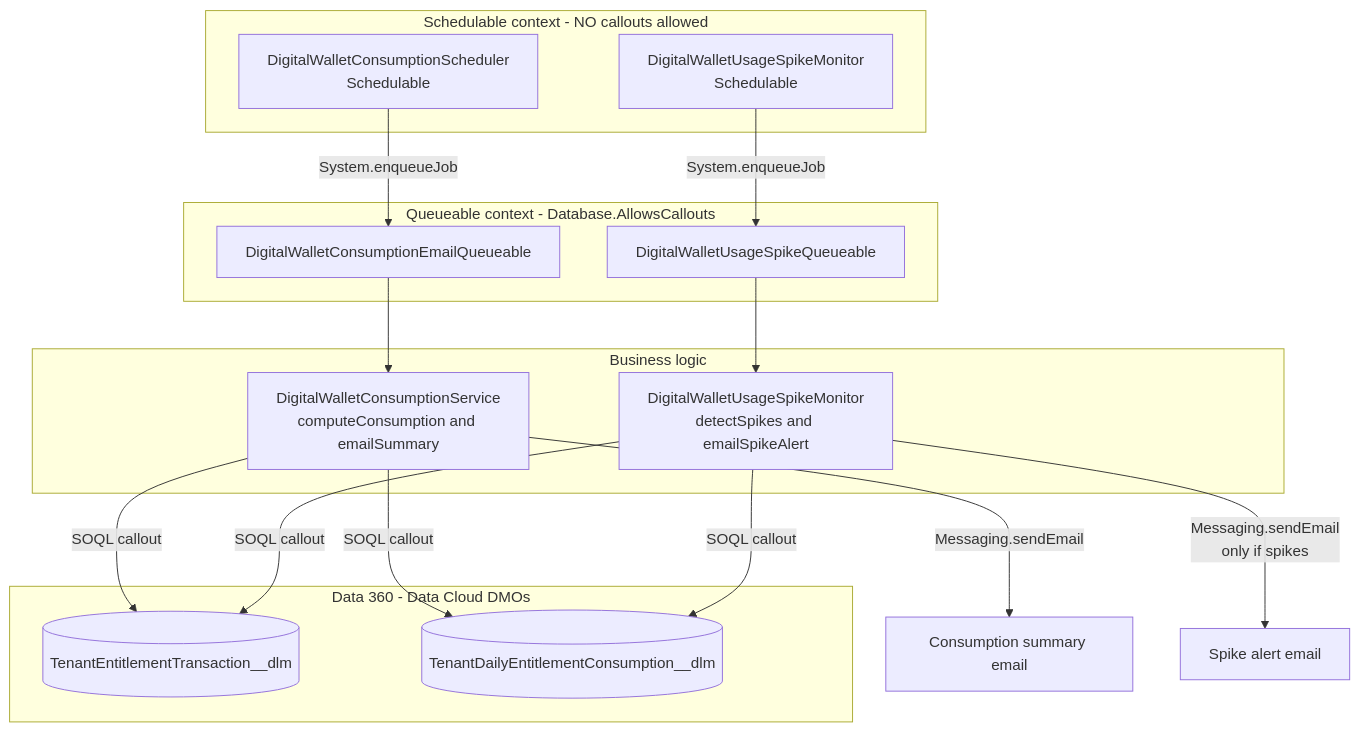
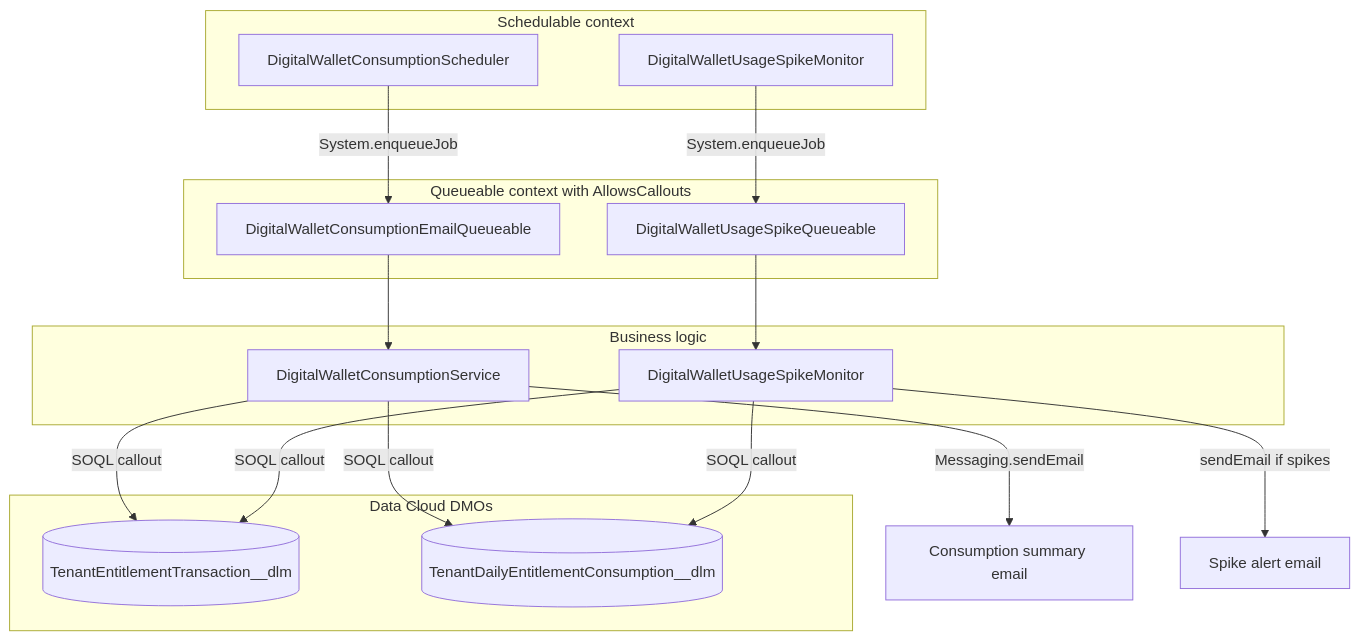
The first of 2 diagrams in README.md (Amit-Tripathi/apex-partner-digital-wallet), drawn with Mermaid before and after one commit.

Commit message:
Fix intermittent Mermaid diagram rendering on GitHub
Remove HTML br tags and quoted labels from flowchart that caused render errors.

````diff
--- a/README.md
+++ b/README.md
@@ -138,33 +138,33 @@
 ```mermaid
 flowchart TD
-    subgraph SchedCtx["Schedulable context - NO callouts allowed"]
-        S1["DigitalWalletConsumptionScheduler<br/>Schedulable"]
-        S2["DigitalWalletUsageSpikeMonitor<br/>Schedulable"]
+    subgraph SchedCtx[Schedulable context]
+        S1[DigitalWalletConsumptionScheduler]
+        S2[DigitalWalletUsageSpikeMonitor]
     end
 
-    subgraph AsyncCtx["Queueable context - Database.AllowsCallouts"]
-        Q1["DigitalWalletConsumptionEmailQueueable"]
-        Q2["DigitalWalletUsageSpikeQueueable"]
+    subgraph AsyncCtx[Queueable context with AllowsCallouts]
+        Q1[DigitalWalletConsumptionEmailQueueable]
+        Q2[DigitalWalletUsageSpikeQueueable]
     end
 
-    subgraph Logic["Business logic"]
-        SVC["DigitalWalletConsumptionService<br/>computeConsumption and emailSummary"]
-        MON["DigitalWalletUsageSpikeMonitor<br/>detectSpikes and emailSpikeAlert"]
+    subgraph Logic[Business logic]
+        SVC[DigitalWalletConsumptionService]
+        MON[DigitalWalletUsageSpikeMonitor]
     end
 
-    subgraph DataCloud["Data 360 - Data Cloud DMOs"]
-        D1[("TenantEntitlementTransaction__dlm")]
-        D2[("TenantDailyEntitlementConsumption__dlm")]
+    subgraph DataCloud[Data Cloud DMOs]
+        D1[(TenantEntitlementTransaction__dlm)]
+        D2[(TenantDailyEntitlementConsumption__dlm)]
     end
 
-    S1 -->|"System.enqueueJob"| Q1
-    S2 -->|"System.enqueueJob"| Q2
+    S1 -->|System.enqueueJob| Q1
+    S2 -->|System.enqueueJob| Q2
     Q1 --> SVC
     Q2 --> MON
-    SVC -->|"SOQL callout"| D1
-    SVC -->|"SOQL callout"| D2
-    MON -->|"SOQL callout"| D1
-    MON -->|"SOQL callout"| D2
-    SVC -->|"Messaging.sendEmail"| M1["Consumption summary email"]
-    MON -->|"Messaging.sendEmail<br/>only if spikes"| M2["Spike alert email"]
+    SVC -->|SOQL callout| D1
+    SVC -->|SOQL callout| D2
+    MON -->|SOQL callout| D1
+    MON -->|SOQL callout| D2
+    SVC -->|Messaging.sendEmail| M1[Consumption summary email]
+    MON -->|sendEmail if spikes| M2[Spike alert email]
 ```
````
